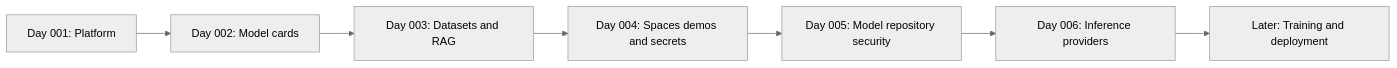
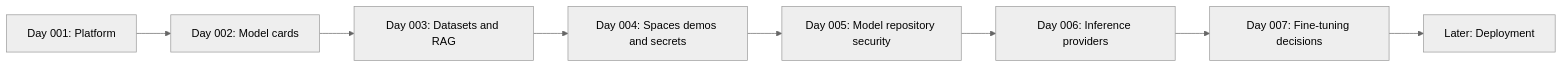
The diagram in knowledge-hub/05-AI-AND-LLMS/AI-ACADEMY/PLATFORMS/HUGGING-FACE/SEASON-01/README.md (codetherapistpita-oss/codetherapistpita-oss), drawn with Mermaid (neutral theme) before and after one commit. The commit also changed other lines of this file, not shown here.

Commit message:
academy: index Hugging Face Day 007

````diff
--- a/knowledge-hub/05-AI-AND-LLMS/AI-ACADEMY/PLATFORMS/HUGGING-FACE/SEASON-01/README.md
+++ b/knowledge-hub/05-AI-AND-LLMS/AI-ACADEMY/PLATFORMS/HUGGING-FACE/SEASON-01/README.md
@@ -22,9 +23,10 @@
 ```mermaid
 flowchart LR
  A[Day 001: Platform] --> B[Day 002: Model cards]
  B --> C[Day 003: Datasets and RAG]
  C --> D[Day 004: Spaces demos and secrets]
  D --> E[Day 005: Model repository security]
  E --> F[Day 006: Inference providers]
- F --> G[Later: Training and deployment]
+ F --> G[Day 007: Fine-tuning decisions]
+ G --> H[Later: Deployment]
 ```
````
